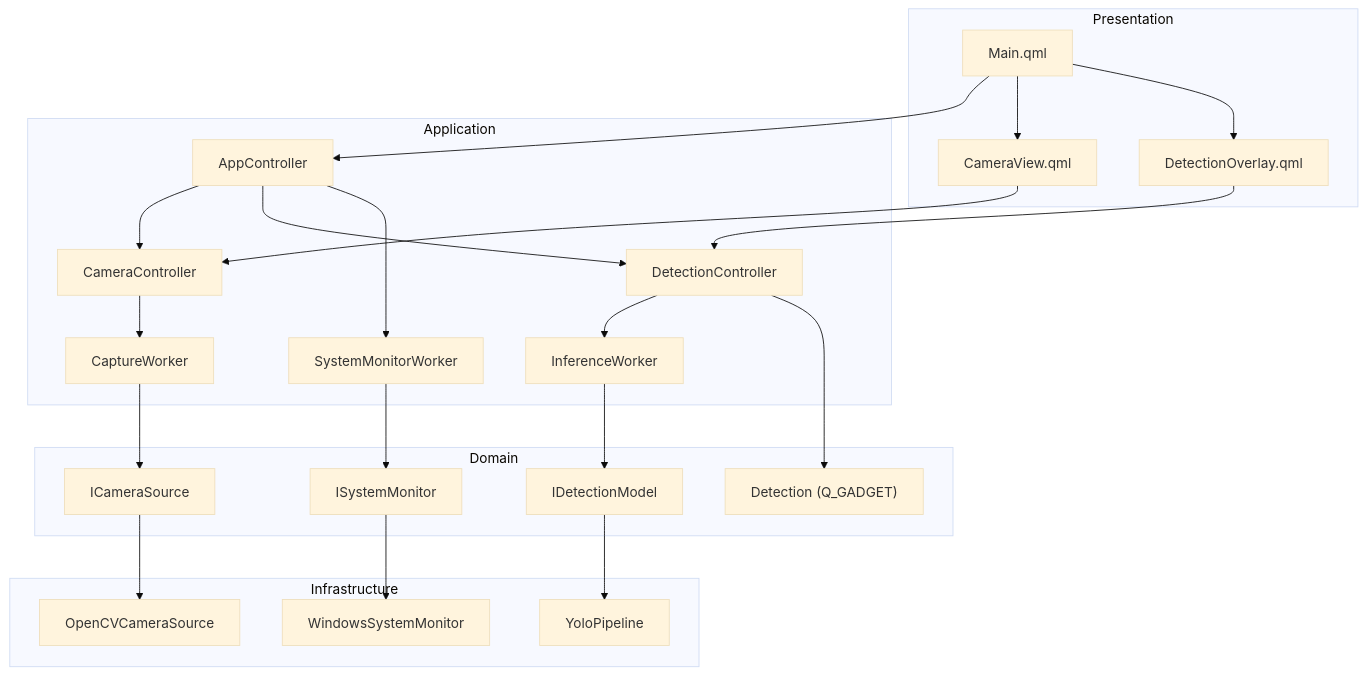
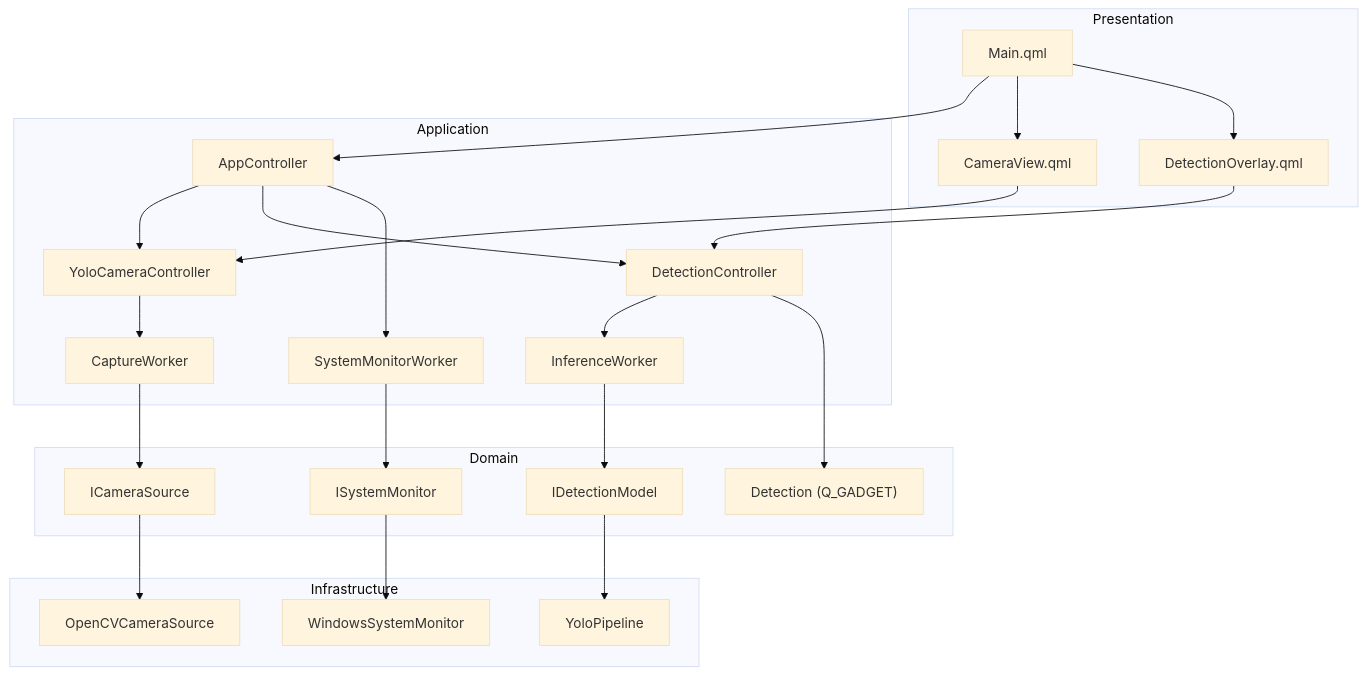
The diagram in docs/1_clean-architecture.md (andhiyaulhaq/QtQML-YOLOApp), drawn with Mermaid (base theme) before and after one commit. The commit also changed other lines of this file, not shown here.

````diff
--- a/docs/1_clean-architecture.md
+++ b/docs/1_clean-architecture.md
@@ -351,53 +338,53 @@
 ```mermaid
 graph TD
     subgraph Presentation
         Main["Main.qml"]
         CamView["CameraView.qml"]
         DetOverlay["DetectionOverlay.qml"]
     end
 
     subgraph Application
         AppCtrl["AppController"]
-        CamCtrl["CameraController"]
+        CamCtrl["YoloCameraController"]
         DetCtrl["DetectionController"]
         CaptureW["CaptureWorker"]
         InferW["InferenceWorker"]
         MonitorW["SystemMonitorWorker"]
     end
 
     subgraph Domain
         ICamSrc["ICameraSource"]
         IDetModel["IDetectionModel"]
         ISysMon["ISystemMonitor"]
         DetectionD["Detection (Q_GADGET)"]
     end
 
     subgraph Infrastructure
         OpenCVSrc["OpenCVCameraSource"]
         YoloPipe["YoloPipeline"]
         WinMon["WindowsSystemMonitor"]
     end
 
     Main --> AppCtrl
     Main --> CamView
     Main --> DetOverlay
 
     AppCtrl --> CamCtrl
     AppCtrl --> DetCtrl
 
     CamCtrl --> CaptureW
     DetCtrl --> InferW
     AppCtrl --> MonitorW
 
     CaptureW --> ICamSrc
     InferW --> IDetModel
     MonitorW --> ISysMon
 
     ICamSrc --> OpenCVSrc
     IDetModel --> YoloPipe
     ISysMon --> WinMon
 
     DetCtrl --> DetectionD
     DetOverlay --> DetCtrl
     CamView --> CamCtrl
 ```
````
